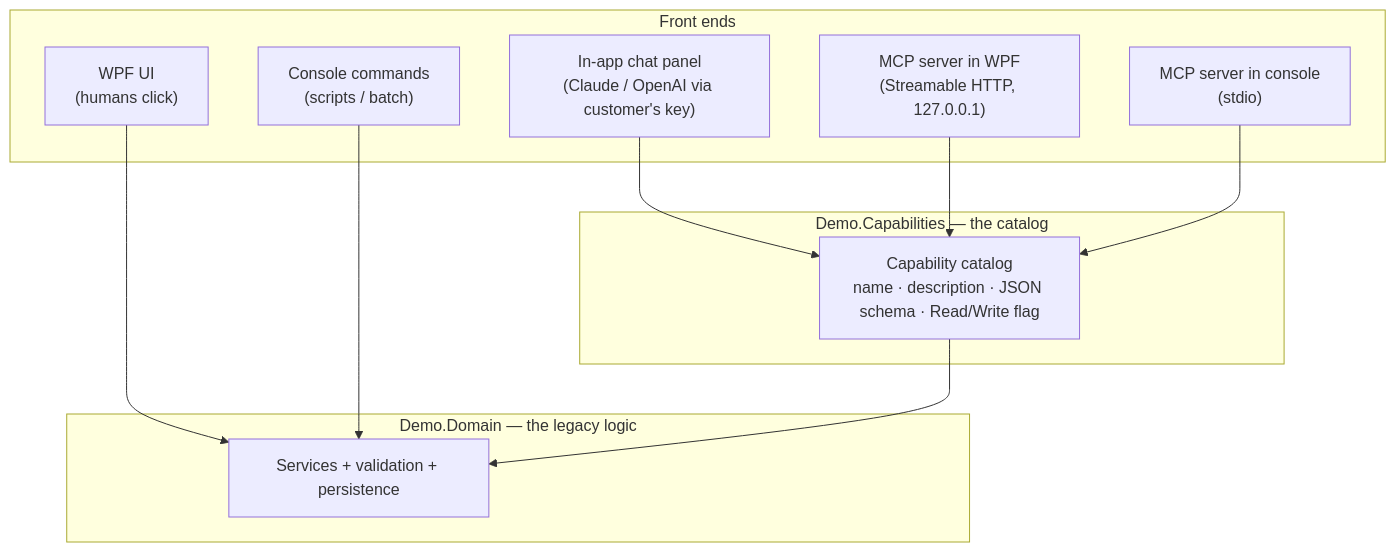
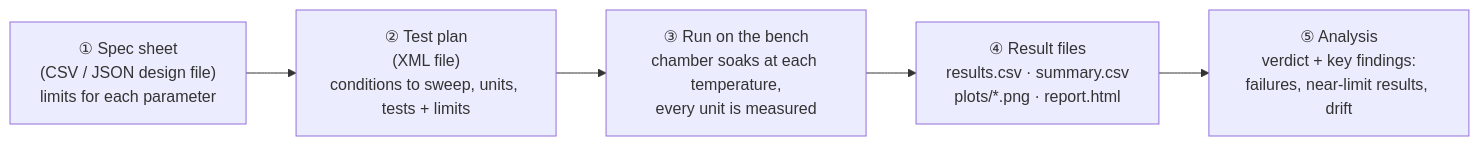
Before and after one commit to RelentlessOldMan/ChatbotAddonDemo: the first of 6 diagrams in docs/design.md, drawn with Mermaid. The commit also changed other lines of this file and 76 other files, not shown here.

First line of the commit message:
Revamp: TestBench domain, MCP only via the console tool, clearer docs

````diff
--- a/docs/design.md
+++ b/docs/design.md
@@ -25,22 +44,9 @@
 ```mermaid
-flowchart TB
-    subgraph Fronts["Front ends"]
-        UI["WPF UI<br/>(humans click)"]
-        CHAT["In-app chat panel<br/>(Claude / OpenAI via customer's key)"]
-        MCPW["MCP server in WPF<br/>(Streamable HTTP, 127.0.0.1)"]
-        CLI["Console commands<br/>(scripts / batch)"]
-        MCPC["MCP server in console<br/>(stdio)"]
-    end
-    subgraph Cap["Demo.Capabilities — the catalog"]
-        CAT["Capability catalog<br/>name · description · JSON schema · Read/Write flag"]
-    end
-    subgraph Dom["Demo.Domain — the legacy logic"]
-        SVC["Services + validation + persistence"]
-    end
-    UI --> SVC
-    CLI --> SVC
-    CHAT --> CAT
-    MCPW --> CAT
-    MCPC --> CAT
-    CAT --> SVC
+flowchart LR
+    spec["① Spec sheet<br/>(CSV / JSON design file)<br/>limits for each parameter"]
+    plan["② Test plan<br/>(XML file)<br/>conditions to sweep, units, tests + limits"]
+    run["③ Run on the bench<br/>chamber soaks at each temperature,<br/>every unit is measured"]
+    files["④ Result files<br/>results.csv · summary.csv<br/>plots/*.png · report.html"]
+    analysis["⑤ Analysis<br/>verdict + key findings:<br/>failures, near-limit results, drift"]
+    spec --> plan --> run --> files --> analysis
 ```
````
